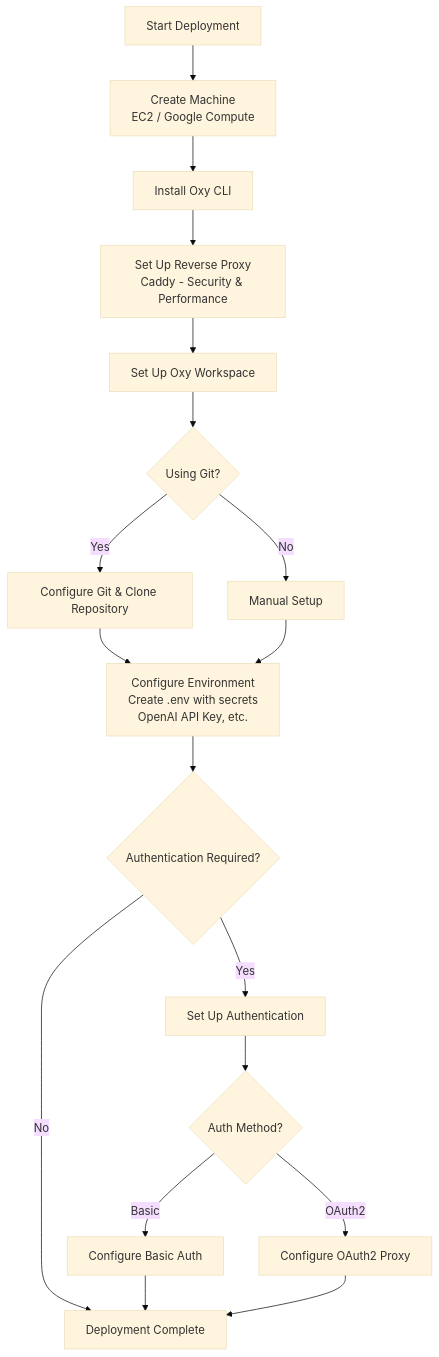
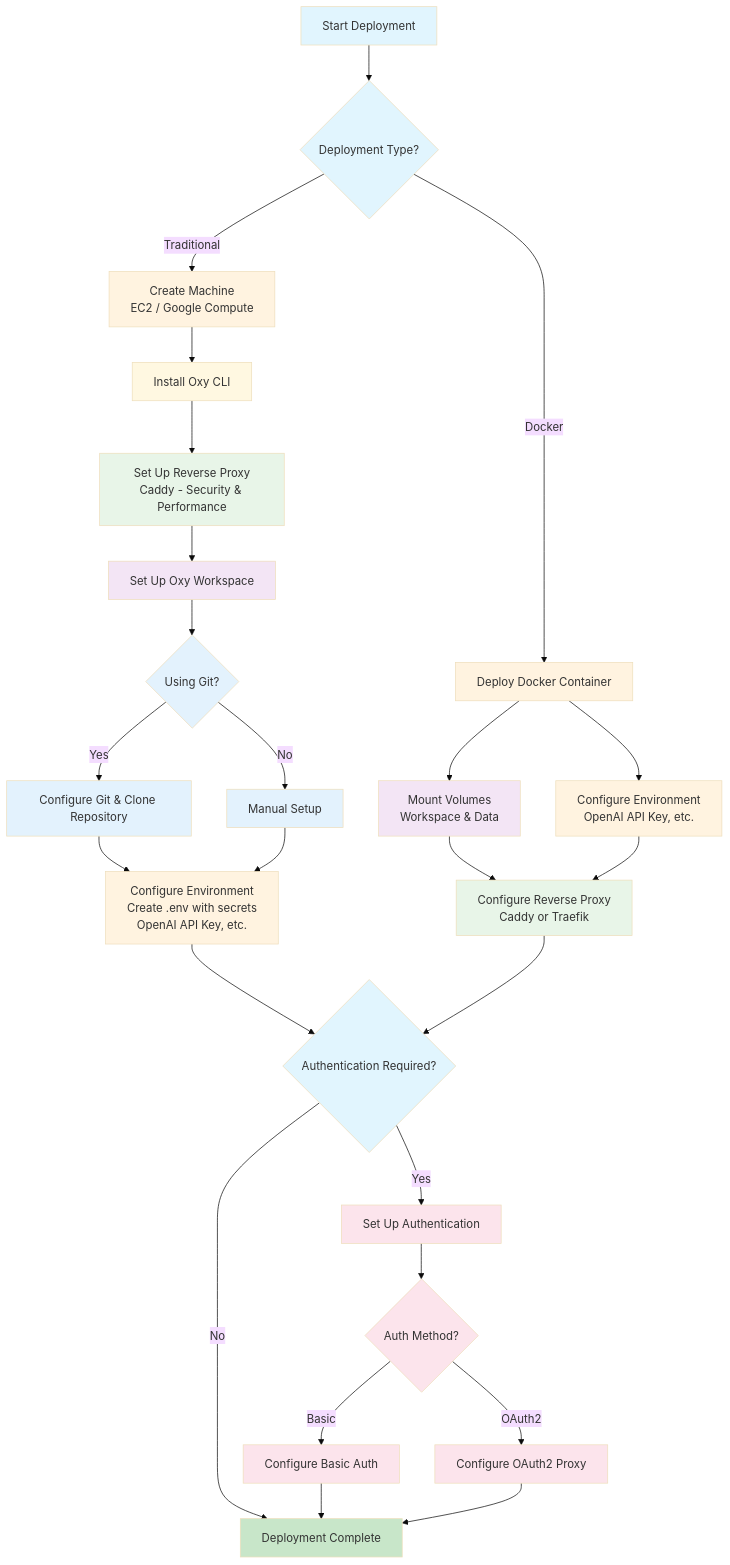
Before and after one commit to oxy-hq/oxy: the diagram in docs/deployment/index.mdx, drawn with Mermaid (base theme). The commit also changed other lines of this file and 2 other files, not shown here.

Commit message:
docs: add docker deployment

````diff
--- a/docs/deployment/index.mdx
+++ b/docs/deployment/index.mdx
@@ -19,20 +28,48 @@
 ```mermaid
 flowchart TD
-    A[Start Deployment] --> B[Create Machine\nEC2 / Google Compute]
+    A[Start Deployment] --> Z{Deployment Type?}
+    Z -->|Traditional| B[Create Machine\nEC2 / Google Compute]
+    Z -->|Docker| Docker[Deploy Docker Container]
     B --> C[Install Oxy CLI]
     C --> D[Set Up Reverse Proxy\nCaddy - Security & Performance]
+    Docker --> DockerV[Mount Volumes\nWorkspace & Data]
+    Docker --> DockerE[Configure Environment\nOpenAI API Key, etc.]
+    DockerV --> DockerR[Configure Reverse Proxy\nCaddy or Traefik]
+    DockerE --> DockerR
     D --> E[Set Up Oxy Workspace]
     E --> F{Using Git?}
     F -->|Yes| G[Configure Git & Clone Repository]
     F -->|No| H[Manual Setup]
     G --> I[Configure Environment\nCreate .env with secrets\nOpenAI API Key, etc.]
     H --> I
     I --> J{Authentication Required?}
+    DockerR --> J
     J -->|Yes| K[Set Up Authentication]
     J -->|No| L[Deployment Complete]
     K --> M{Auth Method?}
     M -->|Basic| N[Configure Basic Auth]
     M -->|OAuth2| O[Configure OAuth2 Proxy]
     N --> L
     O --> L
+    
+    style A fill:#e1f5fe
+    style Z fill:#e1f5fe
+    style B fill:#fff3e0
+    style C fill:#fff8e1
+    style D fill:#e8f5e8
+    style Docker fill:#fff3e0
+    style DockerV fill:#f3e5f5
+    style DockerE fill:#fff3e0
+    style DockerR fill:#e8f5e8
+    style E fill:#f3e5f5
+    style F fill:#e3f2fd
+    style G fill:#e3f2fd
+    style H fill:#e3f2fd
+    style I fill:#fff3e0
+    style J fill:#e1f5fe
+    style K fill:#fce4ec
+    style M fill:#fce4ec
+    style N fill:#fce4ec
+    style O fill:#fce4ec
+    style L fill:#c8e6c9
 ```
````
